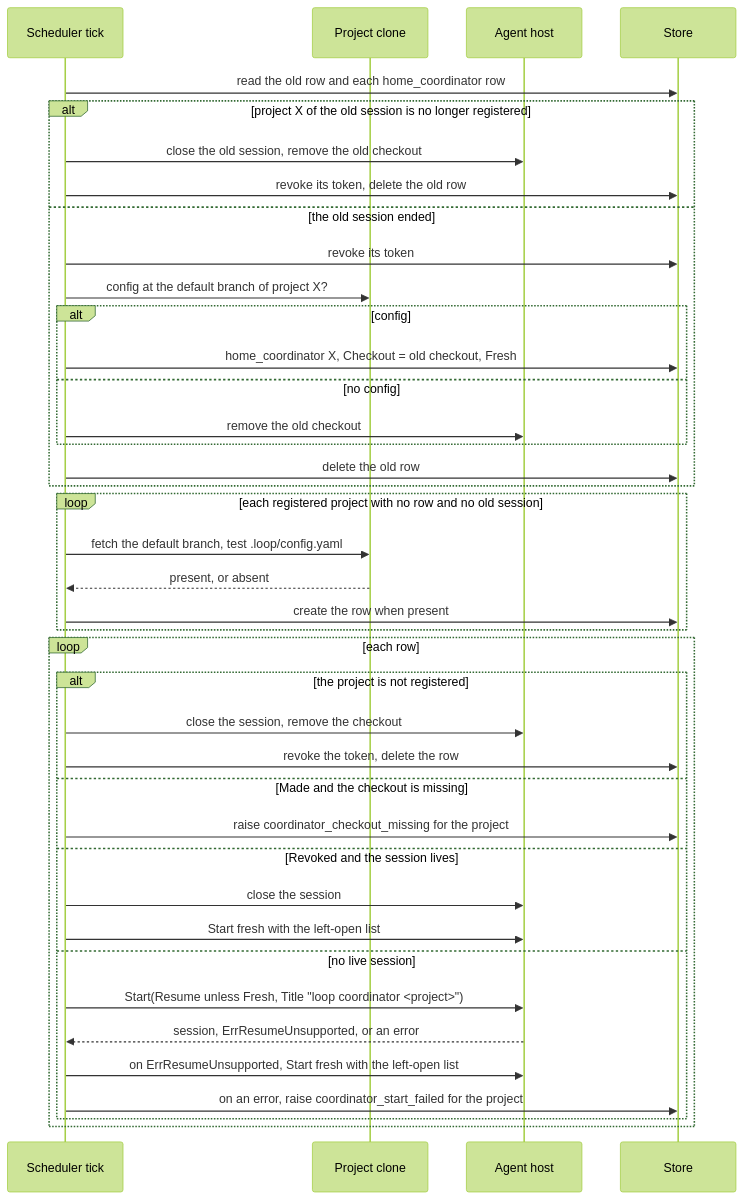
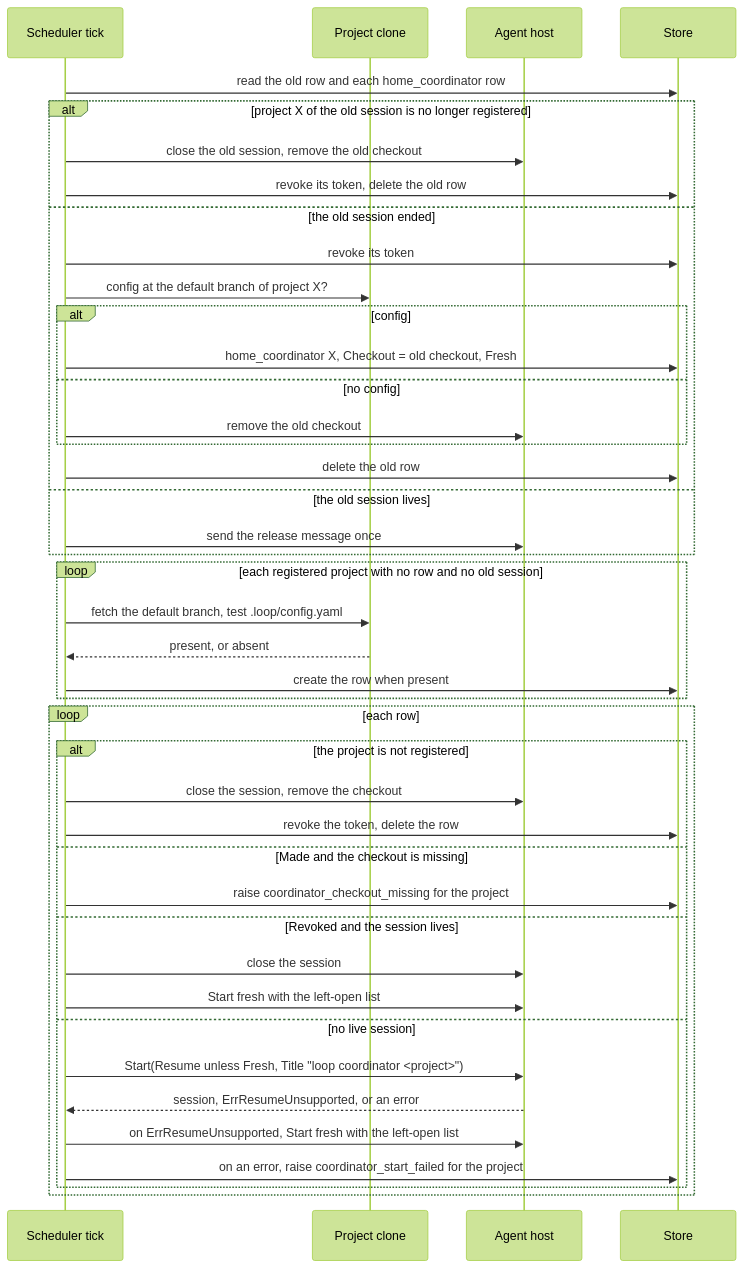
The first of 6 diagrams in docs/specs/factorio-1edo-project-home-coordinators-spec.md (iantanwx/factory), drawn with Mermaid (forest theme) before and after one commit. The commit also changed other lines of this file, not shown here.

````diff
--- a/docs/specs/factorio-1edo-project-home-coordinators-spec.md
+++ b/docs/specs/factorio-1edo-project-home-coordinators-spec.md
@@ -721,42 +763,44 @@
 ```mermaid
 sequenceDiagram
     participant T as Scheduler tick
     participant G as Project clone
     participant H as Agent host
     participant S as Store
     T->>S: read the old row and each home_coordinator row
     alt project X of the old session is no longer registered
         T->>H: close the old session, remove the old checkout
         T->>S: revoke its token, delete the old row
     else the old session ended
         T->>S: revoke its token
         T->>G: config at the default branch of project X?
         alt config
             T->>S: home_coordinator X, Checkout = old checkout, Fresh
         else no config
             T->>H: remove the old checkout
         end
         T->>S: delete the old row
+    else the old session lives
+        T->>H: send the release message once
     end
     loop each registered project with no row and no old session
         T->>G: fetch the default branch, test .loop/config.yaml
         G-->>T: present, or absent
         T->>S: create the row when present
     end
     loop each row
         alt the project is not registered
             T->>H: close the session, remove the checkout
             T->>S: revoke the token, delete the row
         else Made and the checkout is missing
             T->>S: raise coordinator_checkout_missing for the project
         else Revoked and the session lives
             T->>H: close the session
             T->>H: Start fresh with the left-open list
         else no live session
             T->>H: Start(Resume unless Fresh, Title "loop coordinator <project>")
             H-->>T: session, ErrResumeUnsupported, or an error
             T->>H: on ErrResumeUnsupported, Start fresh with the left-open list
             T->>S: on an error, raise coordinator_start_failed for the project
         end
     end
 ```
````
